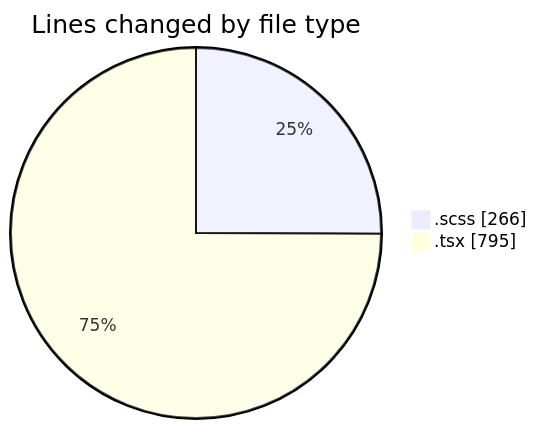
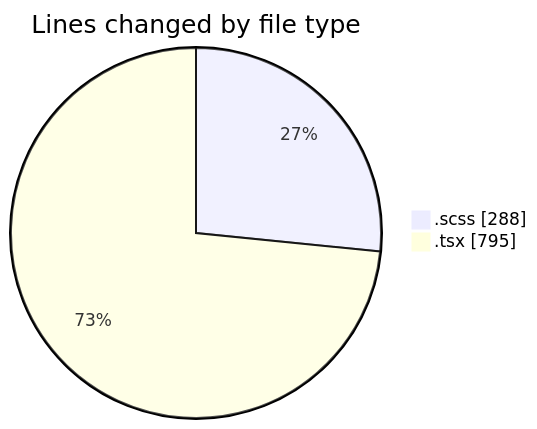
Before and after one commit to momahboobian/code-tracking: the first of 2 diagrams in 2025-03-28/cda/README.md, drawn with Mermaid. The commit also changed other lines of this file and 1 other file, not shown here.

````diff
--- a/2025-03-28/cda/README.md
+++ b/2025-03-28/cda/README.md
@@ -23,6 +23,6 @@
 ```mermaid
 pie showData
 title Lines changed by file type
-".scss" : 266
+".scss" : 288
 ".tsx" : 795
 ```
````
